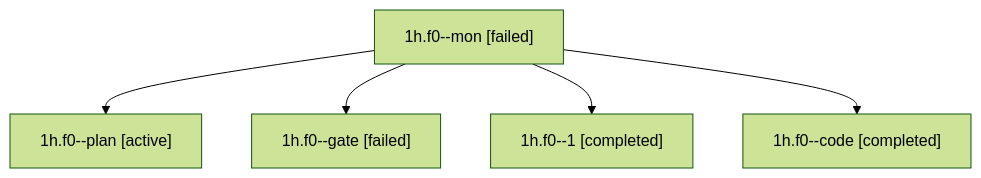
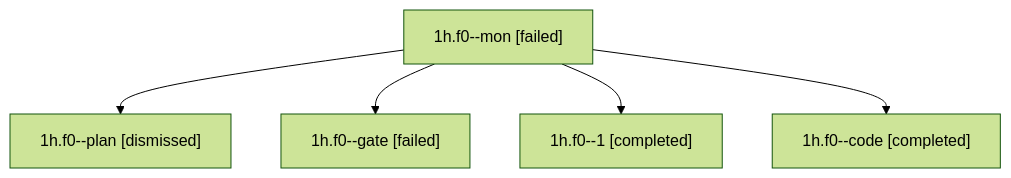
Before and after one commit to sase-org/sase--agents: the diagram in sessions/bbugyi200.apollo.1h.f0.md, drawn with Mermaid (forest theme). The commit also changed other lines of this file and 60 other files, not shown here.

````diff
--- a/sessions/bbugyi200.apollo.1h.f0.md
+++ b/sessions/bbugyi200.apollo.1h.f0.md
@@ -9,12 +9,12 @@
 ```mermaid
 flowchart TD
   n0["1h.f0--mon [failed]"]
-  n1["1h.f0--plan [active]"]
+  n1["1h.f0--plan [dismissed]"]
   n0 --> n1
   n2["1h.f0--gate [failed]"]
   n0 --> n2
   n3["1h.f0--1 [completed]"]
   n0 --> n3
   n4["1h.f0--code [completed]"]
   n0 --> n4
 ```
````
